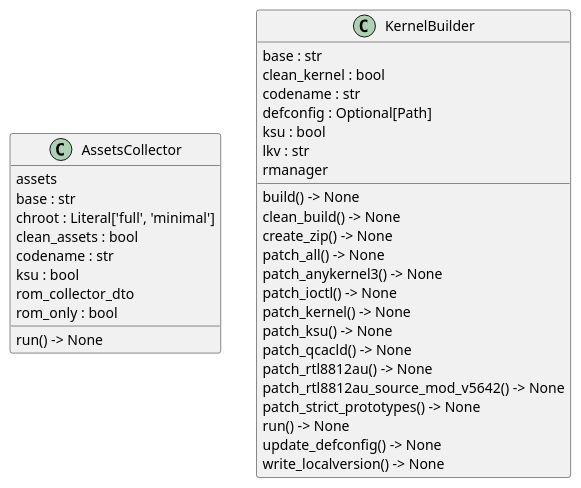
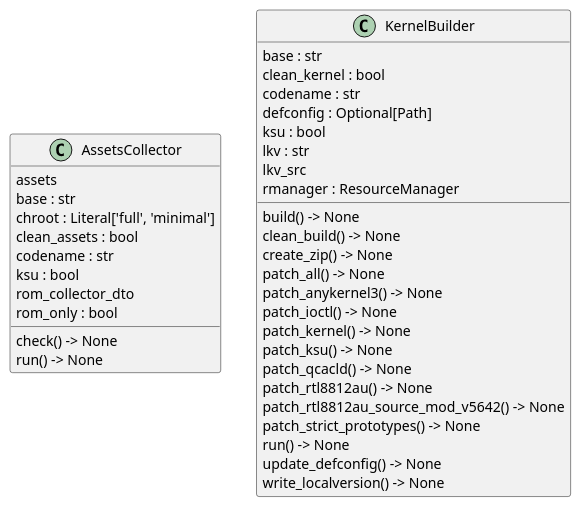
One commit to seppzer0/zero_kernel changed the diagram in docs/architecture/core/classes.puml. Above: the diagram before and after it, drawn with PlantUML. The commit also changed 16 other files, not shown here.

```diff
--- a/docs/architecture/core/classes.puml
+++ b/docs/architecture/core/classes.puml
@@ -1,38 +1,40 @@
 @startuml classes
 set namespaceSeparator none
 class "AssetsCollector" as core.assets_collector.AssetsCollector {
   assets
   base : str
   chroot : Literal['full', 'minimal']
   clean_assets : bool
   codename : str
   ksu : bool
   rom_collector_dto
   rom_only : bool
+  check() -> None
   run() -> None
 }
 class "KernelBuilder" as core.kernel_builder.KernelBuilder {
   base : str
   clean_kernel : bool
   codename : str
   defconfig : Optional[Path]
   ksu : bool
   lkv : str
-  rmanager
+  lkv_src
+  rmanager : ResourceManager
   build() -> None
   clean_build() -> None
   create_zip() -> None
   patch_all() -> None
   patch_anykernel3() -> None
   patch_ioctl() -> None
   patch_kernel() -> None
   patch_ksu() -> None
   patch_qcacld() -> None
   patch_rtl8812au() -> None
   patch_rtl8812au_source_mod_v5642() -> None
   patch_strict_prototypes() -> None
   run() -> None
   update_defconfig() -> None
   write_localversion() -> None
 }
 @enduml
```
